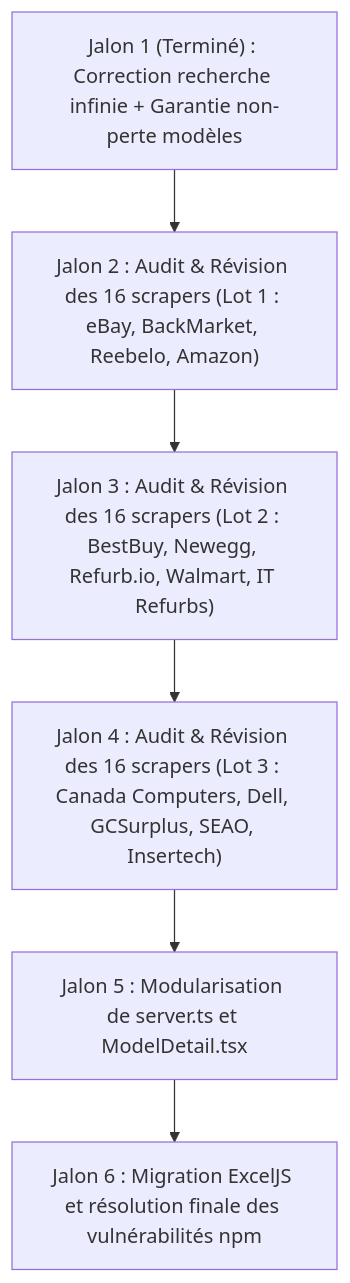
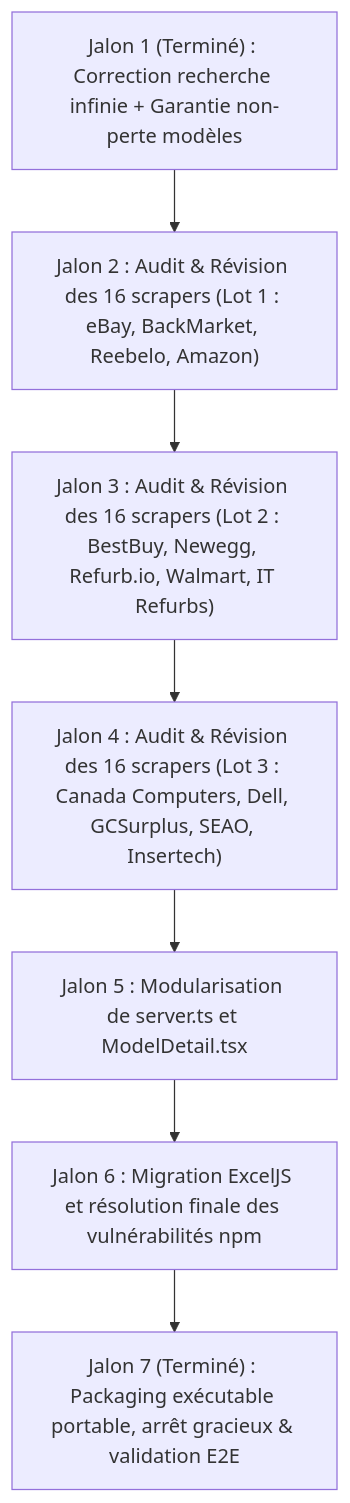
One commit to Bountam/evaluateur-de-prix changed the diagram in PLAN_DEVELOPPEMENT.md. Above: the diagram before and after it, drawn with Mermaid. The commit also changed other lines of this file and 13 other files, not shown here.

Commit message:
feat(lifecycle): implement graceful shutdown, targeted process cleanup, portable packaging and E2E business suite (Jalon 7)

````diff
--- a/PLAN_DEVELOPPEMENT.md
+++ b/PLAN_DEVELOPPEMENT.md
@@ -128,11 +128,12 @@
 ```mermaid
 flowchart TD
     M1["Jalon 1 (Terminé) : Correction recherche infinie + Garantie non-perte modèles"]
     M2["Jalon 2 : Audit & Révision des 16 scrapers (Lot 1 : eBay, BackMarket, Reebelo, Amazon)"]
     M3["Jalon 3 : Audit & Révision des 16 scrapers (Lot 2 : BestBuy, Newegg, Refurb.io, Walmart, IT Refurbs)"]
     M4["Jalon 4 : Audit & Révision des 16 scrapers (Lot 3 : Canada Computers, Dell, GCSurplus, SEAO, Insertech)"]
     M5["Jalon 5 : Modularisation de server.ts et ModelDetail.tsx"]
     M6["Jalon 6 : Migration ExcelJS et résolution finale des vulnérabilités npm"]
+    M7["Jalon 7 (Terminé) : Packaging exécutable portable, arrêt gracieux & validation E2E"]
 
-    M1 --> M2 --> M3 --> M4 --> M5 --> M6
+    M1 --> M2 --> M3 --> M4 --> M5 --> M6 --> M7
 ```
````
